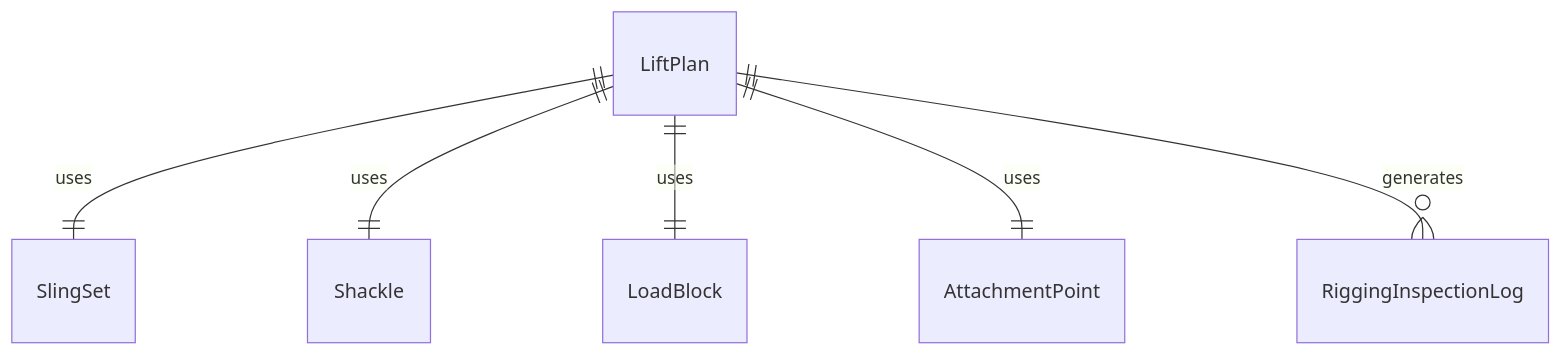
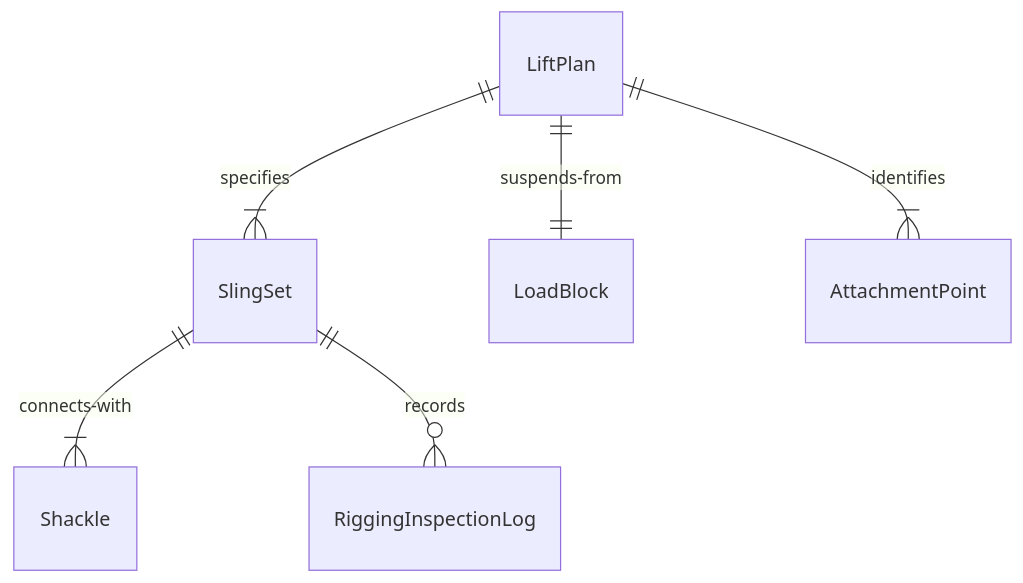
Before and after one commit to dot-org-ai/tasks.org.ai: the first of 4 diagrams in HandlingAndMovingObjects/SetUpEquipment/AttachRiggingObjectsSoThey.mdx, drawn with Mermaid. The commit also changed other lines of this file and 515 other files, not shown here.

````diff
--- a/HandlingAndMovingObjects/SetUpEquipment/AttachRiggingObjectsSoThey.mdx
+++ b/HandlingAndMovingObjects/SetUpEquipment/AttachRiggingObjectsSoThey.mdx
@@ -86,8 +86,8 @@
 ```mermaid
 erDiagram
-    LiftPlan ||--|| SlingSet : "uses"
-    LiftPlan ||--|| Shackle : "uses"
-    LiftPlan ||--|| LoadBlock : "uses"
-    LiftPlan ||--|| AttachmentPoint : "uses"
-    LiftPlan ||--o{ RiggingInspectionLog : "generates"
+    LiftPlan ||--|{ SlingSet : "specifies"
+    SlingSet ||--|{ Shackle : "connects-with"
+    LiftPlan ||--|| LoadBlock : "suspends-from"
+    LiftPlan ||--|{ AttachmentPoint : "identifies"
+    SlingSet ||--o{ RiggingInspectionLog : "records"
 ```
````
